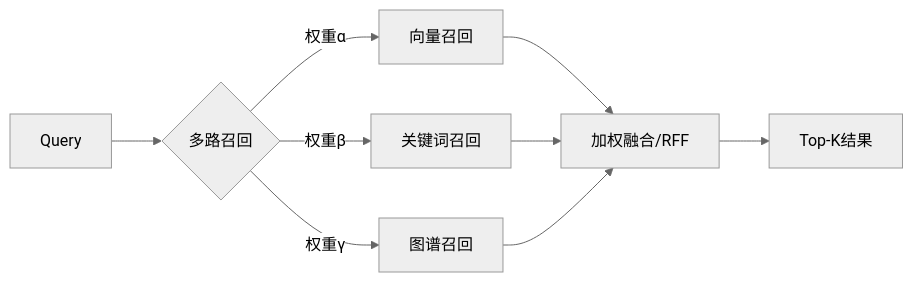
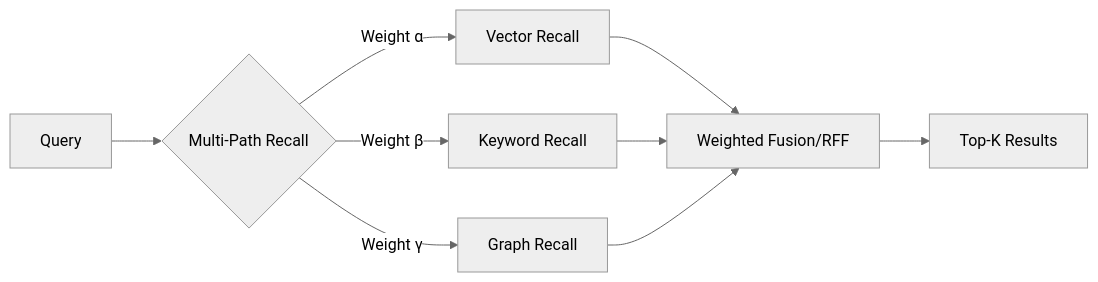
The first of 2 diagrams in I18N/Plugin/基于向量检索实现基础RAG服务.md (WindRunnerMax/EveryDay), drawn with Mermaid before and after one commit. The commit also changed other lines of this file and 9 other files, not shown here.

````diff
--- a/I18N/Plugin/基于向量检索实现基础RAG服务.md
+++ b/I18N/Plugin/基于向量检索实现基础RAG服务.md
@@ -285,10 +282,10 @@
 ```mermaid
 %%{init: {"theme": "neutral" } }%%
 graph LR
-    Q[Query] --> M{多路召回}
-    M -->|权重α| V[向量召回]
-    M -->|权重β| K[关键词召回]
-    M -->|权重γ| S[图谱召回]
-    V & K & S --> F[加权融合/RFF]
-    F --> R[Top-K结果]
+    Q[Query] --> M{Multi-Path Recall}
+    M -->|Weight α| V[Vector Recall]
+    M -->|Weight β| K[Keyword Recall]
+    M -->|Weight γ| S[Graph Recall]
+    V & K & S --> F[Weighted Fusion/RFF]
+    F --> R[Top-K Results]
 ```
````
